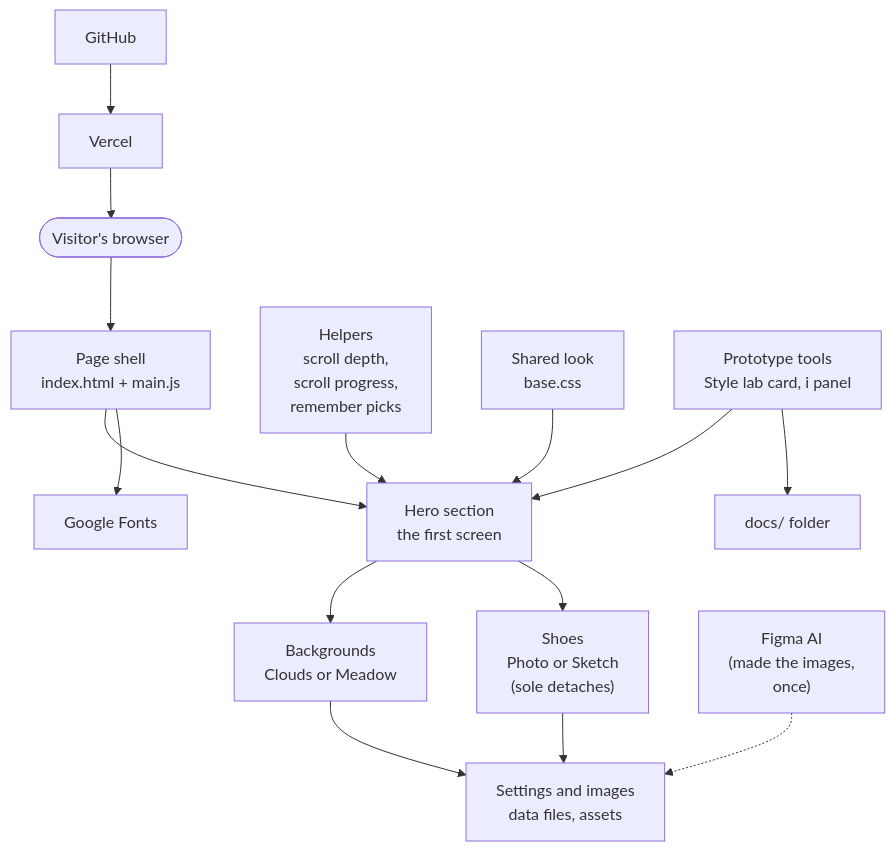
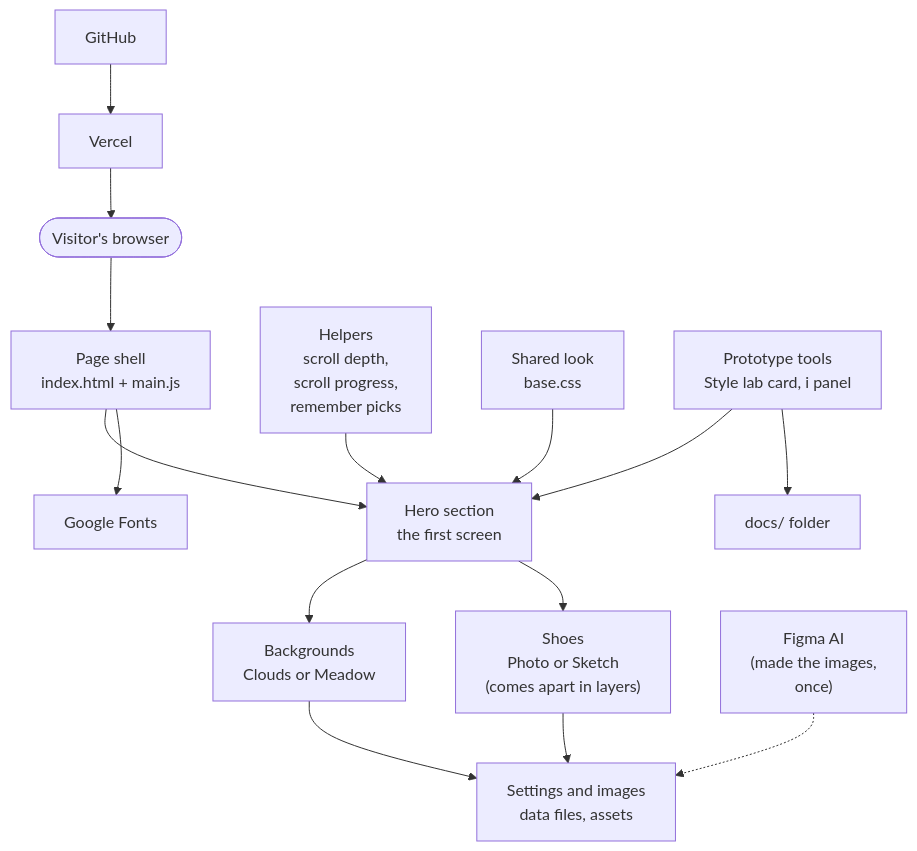
Before and after one commit to Veruzka/magic-shoes-presentation: the diagram in docs/architecture.md, drawn with Mermaid. The commit also changed other lines of this file and 9 other files, not shown here.

Commit message:
Sketch shoe: white foam midsole separates as a second layer

````diff
--- a/docs/architecture.md
+++ b/docs/architecture.md
@@ -3,30 +3,30 @@
 ```mermaid
 flowchart TD
   visitor(["Visitor's browser"])
   page["Page shell<br/>index.html + main.js"]
   hero["Hero section<br/>the first screen"]
   bg["Backgrounds<br/>Clouds or Meadow"]
-  shoe["Shoes<br/>Photo or Sketch<br/>(sole detaches)"]
+  shoe["Shoes<br/>Photo or Sketch<br/>(comes apart in layers)"]
   data["Settings and images<br/>data files, assets"]
   helpers["Helpers<br/>scroll depth,<br/>scroll progress,<br/>remember picks"]
   styles["Shared look<br/>base.css"]
   tools["Prototype tools<br/>Style lab card, i panel"]
   docs["docs/ folder"]
   github["GitHub"]
   vercel["Vercel"]
   fonts["Google Fonts"]
   figma["Figma AI<br/>(made the images,<br/>once)"]
 
   visitor --> page --> hero
   hero --> bg
   hero --> shoe
   bg --> data
   shoe --> data
   helpers --> hero
   styles --> hero
   tools --> hero
   tools --> docs
   page --> fonts
   github --> vercel --> visitor
   figma -.-> data
 ```
````
